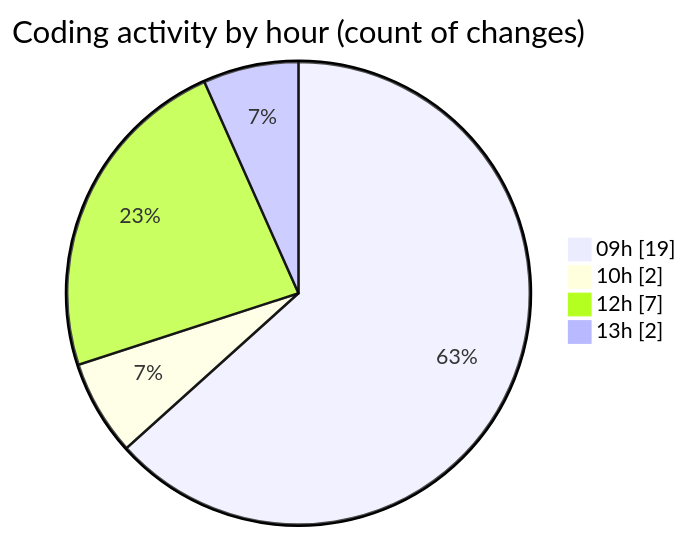
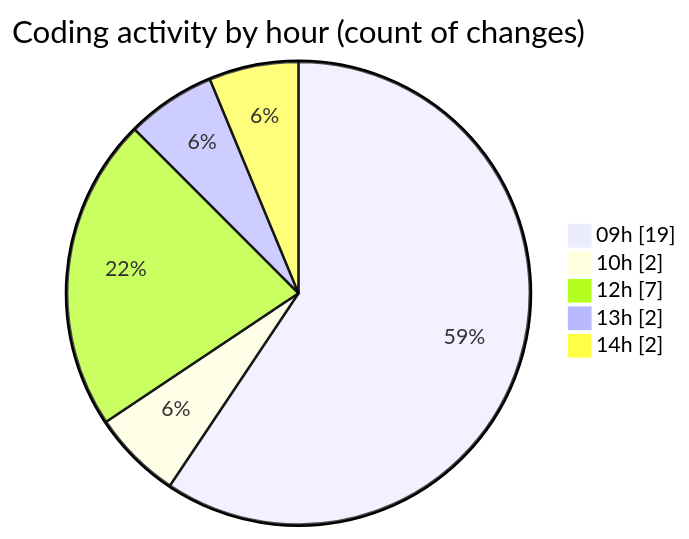
One commit to ricardozamudiocil/code-tracking changed the second of 2 diagrams in 2026-04-23/cilapp/README.md. Above: the diagram before and after it, drawn with Mermaid. The commit also changed other lines of this file and 1 other file, not shown here.

````diff
--- a/2026-04-23/cilapp/README.md
+++ b/2026-04-23/cilapp/README.md
@@ -38,8 +40,9 @@
 ```mermaid
 pie showData
 title Coding activity by hour (count of changes)
 "09h" : 19
 "10h" : 2
 "12h" : 7
 "13h" : 2
+"14h" : 2
 ```
````
